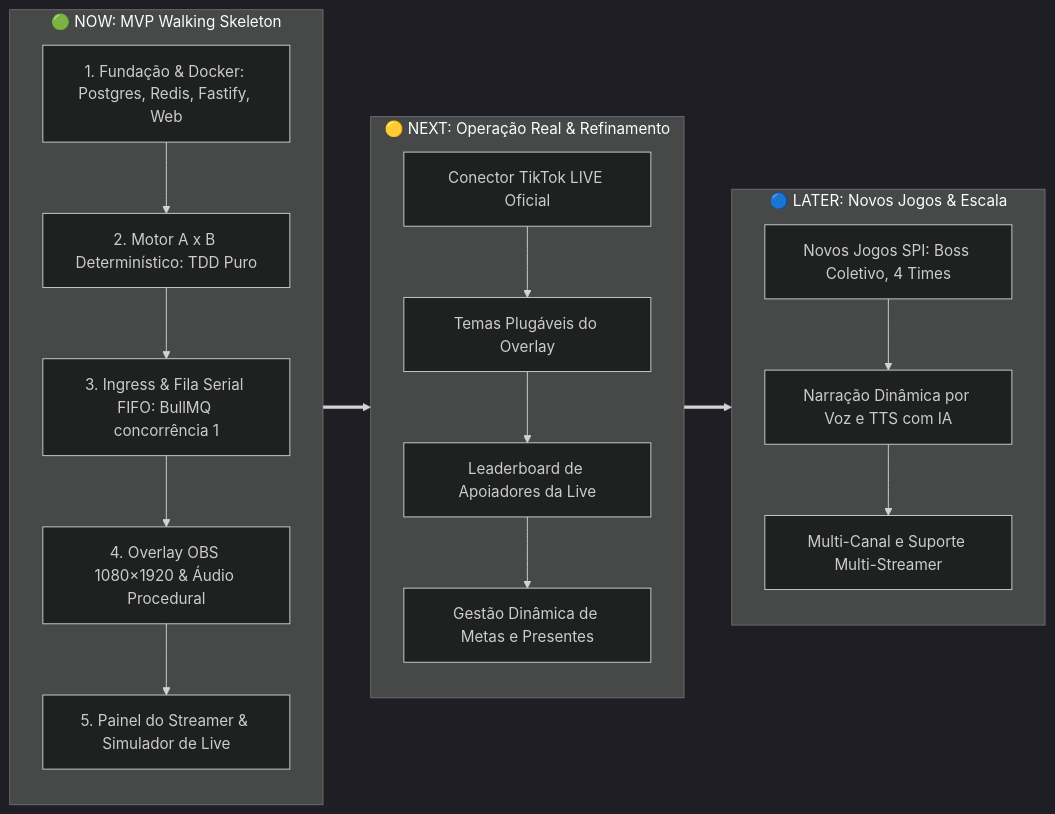
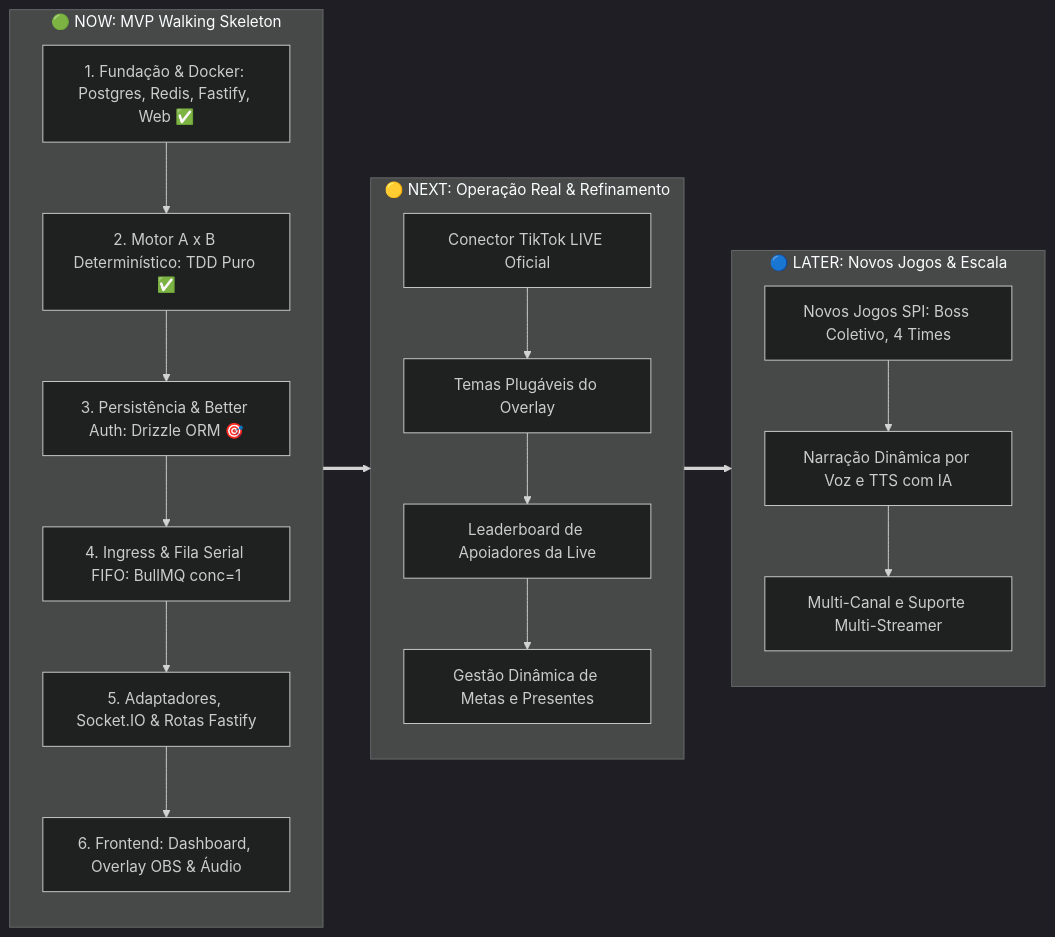
The first of 2 diagrams in docs/roadmap.md (luis-henrique-carvalho/tiktok-gamer-lives), drawn with Mermaid (dark theme) before and after one commit. The commit also changed other lines of this file and 28 other files, not shown here.

Commit message:
feat(api): implementar persistência Drizzle ORM e Better Auth (Fase 3)

````diff
--- a/docs/roadmap.md
+++ b/docs/roadmap.md
@@ -22,31 +22,32 @@
 ```mermaid
 flowchart LR
     subgraph NOW["🟢 NOW: MVP Walking Skeleton"]
         direction TB
-        N1["1. Fundação & Docker: Postgres, Redis, Fastify, Web"]
-        N2["2. Motor A x B Determinístico: TDD Puro"]
-        N3["3. Ingress & Fila Serial FIFO: BullMQ concorrência 1"]
-        N4["4. Overlay OBS 1080×1920 & Áudio Procedural"]
-        N5["5. Painel do Streamer & Simulador de Live"]
-        N1 --> N2 --> N3 --> N4 --> N5
+        N1["1. Fundação & Docker: Postgres, Redis, Fastify, Web ✅"]
+        N2["2. Motor A x B Determinístico: TDD Puro ✅"]
+        N3["3. Persistência & Better Auth: Drizzle ORM 🎯"]
+        N4["4. Ingress & Fila Serial FIFO: BullMQ conc=1"]
+        N5["5. Adaptadores, Socket.IO & Rotas Fastify"]
+        N6["6. Frontend: Dashboard, Overlay OBS & Áudio"]
+        N1 --> N2 --> N3 --> N4 --> N5 --> N6
     end
 
     subgraph NEXT["🟡 NEXT: Operação Real & Refinamento"]
         direction TB
         X1["Conector TikTok LIVE Oficial"]
         X2["Temas Plugáveis do Overlay"]
         X3["Leaderboard de Apoiadores da Live"]
         X4["Gestão Dinâmica de Metas e Presentes"]
         X1 --> X2 --> X3 --> X4
     end
 
     subgraph LATER["🔵 LATER: Novos Jogos & Escala"]
         direction TB
         L1["Novos Jogos SPI: Boss Coletivo, 4 Times"]
         L2["Narração Dinâmica por Voz e TTS com IA"]
         L3["Multi-Canal e Suporte Multi-Streamer"]
         L1 --> L2 --> L3
     end
 
     NOW ==> NEXT ==> LATER
 ```
````
